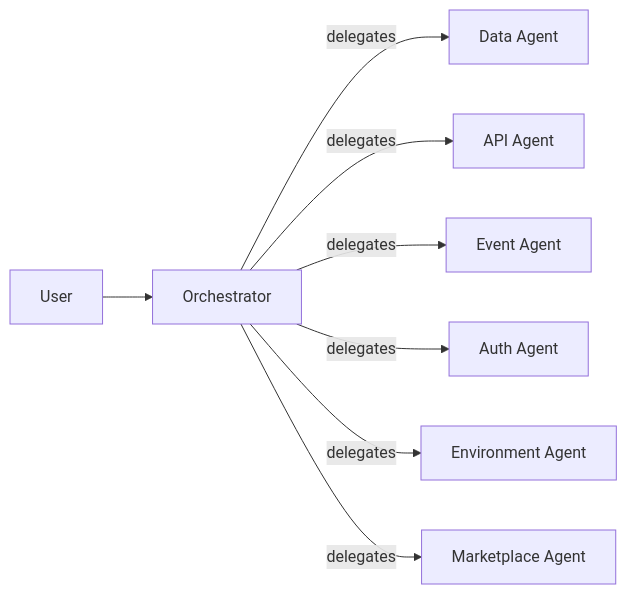
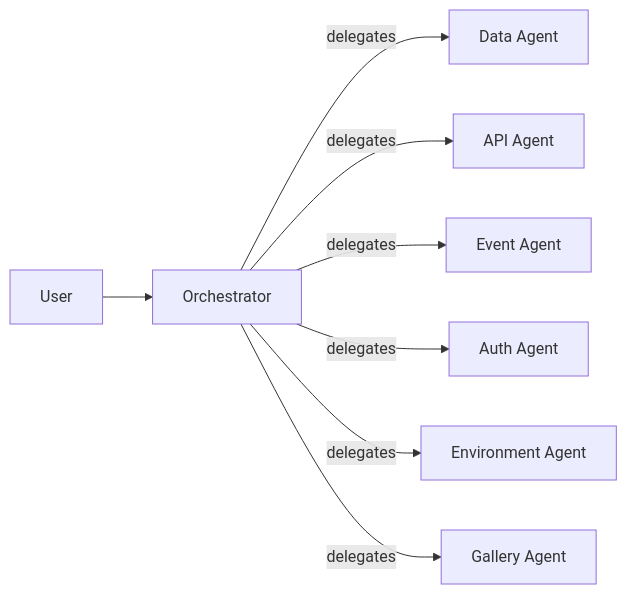
One commit to Flying-Pig-Labs/jungl3 changed the diagram in docs/architecture/agent-layer.md. Above: the diagram before and after it, drawn with Mermaid. The commit also changed other lines of this file and 10 other files, not shown here.

````diff
--- a/docs/architecture/agent-layer.md
+++ b/docs/architecture/agent-layer.md
@@ -18,10 +18,10 @@
 ```mermaid
 flowchart LR
   U[User] --> O[Orchestrator]
   O -->|delegates| D[Data Agent]
   O -->|delegates| A[API Agent]
   O -->|delegates| E[Event Agent]
   O -->|delegates| AU[Auth Agent]
   O -->|delegates| EN[Environment Agent]
-  O -->|delegates| M[Marketplace Agent]
+  O -->|delegates| M[Gallery Agent]
 ```
````
